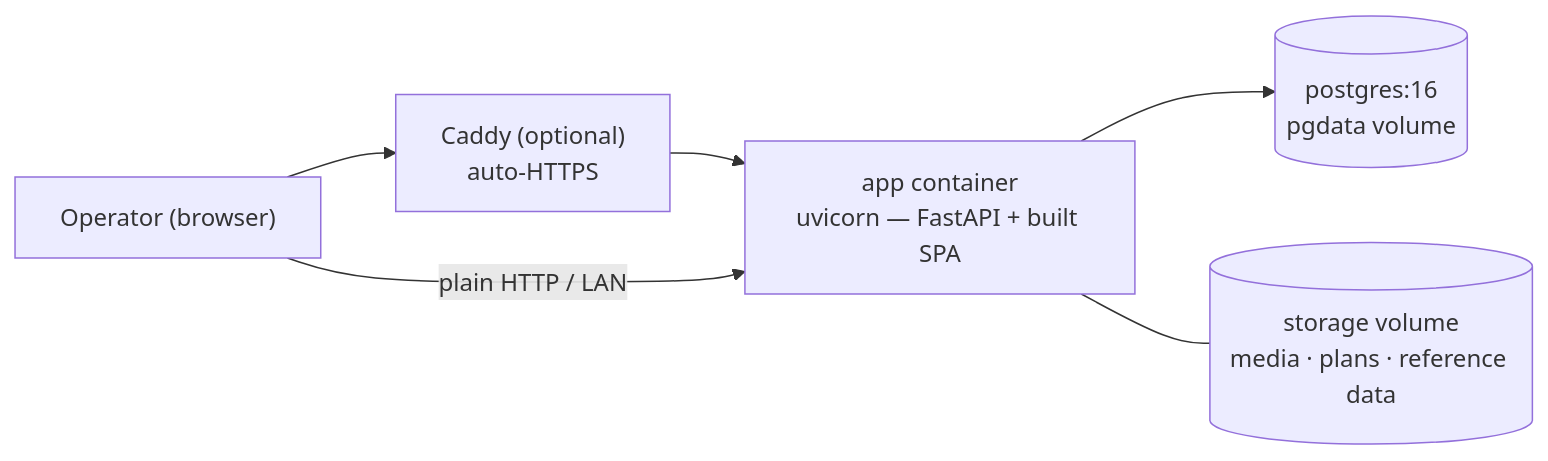
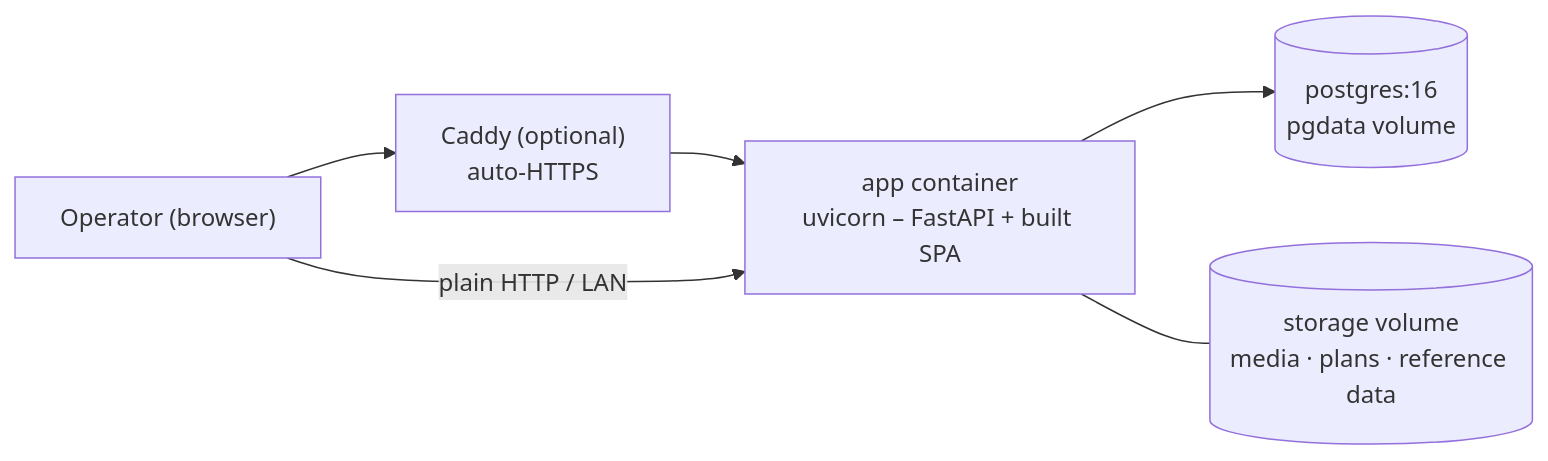
One commit to feuerwehr-oberwil/kp-front changed the fifth of 5 diagrams in docs/ARCHITECTURE.md. Above: the diagram before and after it, drawn with Mermaid. The commit also changed other lines of this file and 21 other files, not shown here.

````diff
--- a/docs/ARCHITECTURE.md
+++ b/docs/ARCHITECTURE.md
@@ -157,12 +157,12 @@
 ```mermaid
 flowchart LR
   USER["Operator (browser)"]
   CADDY["Caddy (optional)<br/>auto-HTTPS"]
-  APP["app container<br/>uvicorn — FastAPI + built SPA"]
+  APP["app container<br/>uvicorn – FastAPI + built SPA"]
   PG[("postgres:16<br/>pgdata volume")]
   VOL[("storage volume<br/>media · plans · reference data")]
   USER --> CADDY --> APP
   USER -->|"plain HTTP / LAN"| APP
   APP --> PG
   APP --- VOL
 ```
````
